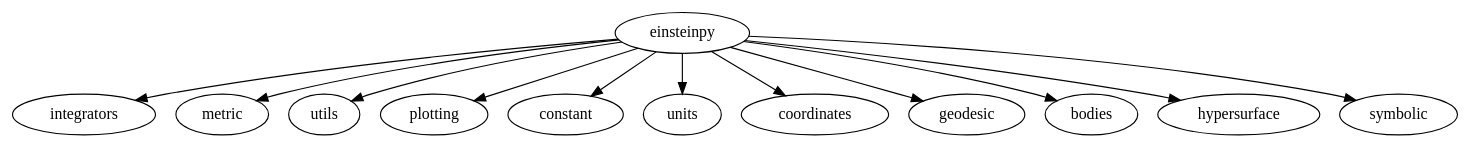
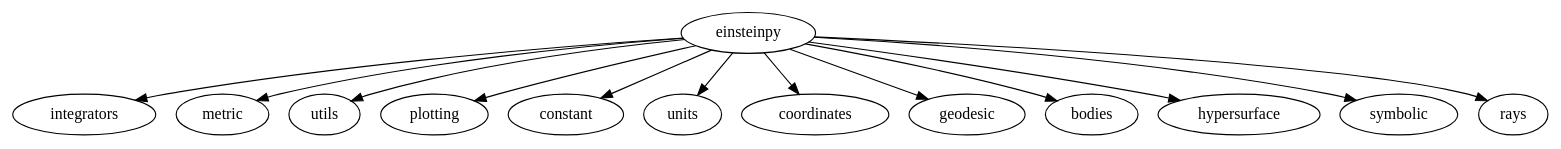
Before and after one commit to einsteinpy/einsteinpy: the diagram in docs/source/api/index.rst, drawn with Graphviz. The commit also changed other lines of this file and 3 other files, not shown here.

```diff
--- a/docs/source/api/index.rst
+++ b/docs/source/api/index.rst
@@ -9,6 +9,6 @@
 .. graphviz::
 
     digraph {
-        "einsteinpy" -> "integrators", "metric", "utils", "plotting", "constant", "units", "coordinates", "geodesic", "bodies", "hypersurface", "symbolic"
+        "einsteinpy" -> "integrators", "metric", "utils", "plotting", "constant", "units", "coordinates", "geodesic", "bodies", "hypersurface", "symbolic", "rays"
 
     }
```
